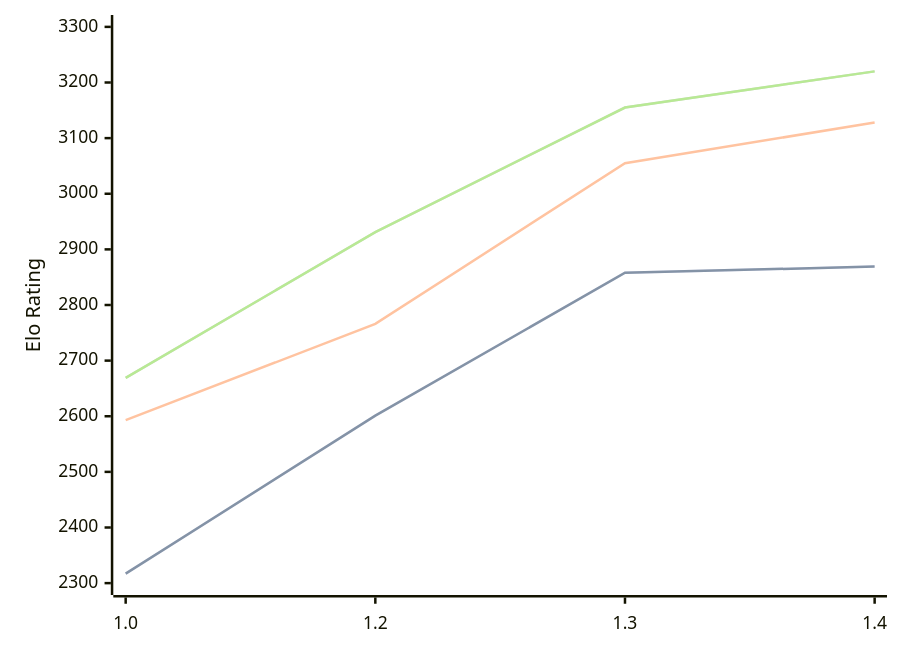
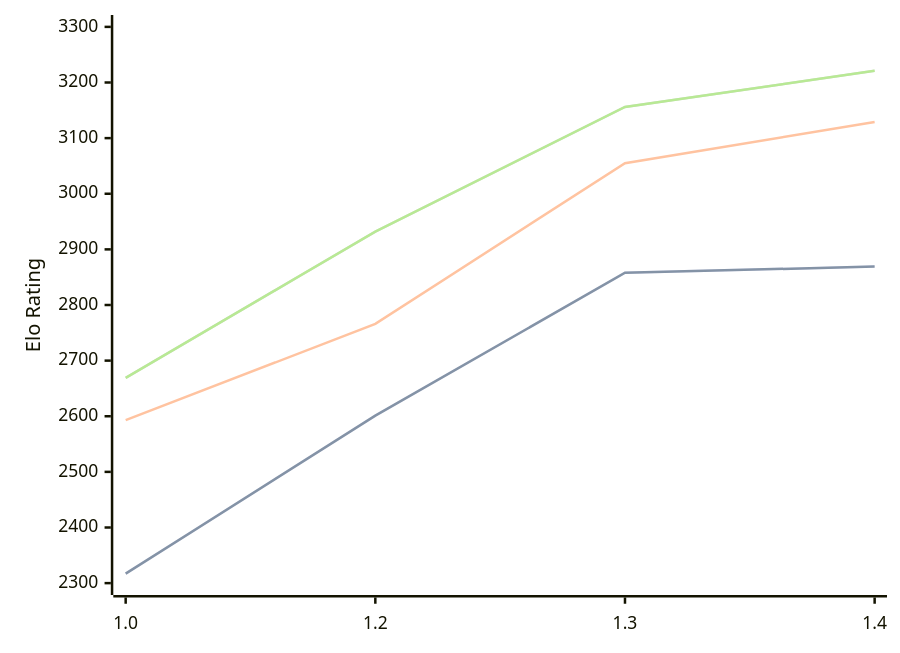
Before and after one commit to computer-chess-index/cci: the first of 3 diagrams in engines/Chessnix.md, drawn with Mermaid. The commit also changed other lines of this file, not shown here.

Commit message:
Update CCI Ratings (ELO VLTC) - 2026-07-12

````diff
--- a/engines/Chessnix.md
+++ b/engines/Chessnix.md
@@ -36,11 +36,11 @@
 ```mermaid
 %%{init: {"theme":"base","themeVariables":{"seriesColors:['#a3a3a3','#222221','#faa371']}}}%%
 xychart-beta
   x-axis ["1.0", "1.2", "1.3", "1.4"]
   y-axis "Elo Rating" 2300 --> 3300
   line "STC (8.0+0.08s)" [2317, 2601, 2858, 2869]
   line "STC (8.0+0.08s)" [2317, 2601, 2858, 2869]
-  line "LTC (60.0+0.60s)" [2593, 2766, 3055, 3128]
-  line "VLTC (2m24s+1.12s)" [2669, 2931, 3155, 3220]
-  line "VLTC (2m24s+1.12s)" [2669, 2931, 3155, 3220]
+  line "LTC (60.0+0.60s)" [2593, 2766, 3055, 3129]
+  line "VLTC (2m24s+1.12s)" [2669, 2932, 3156, 3221]
+  line "VLTC (2m24s+1.12s)" [2669, 2932, 3156, 3221]
 ```
````
